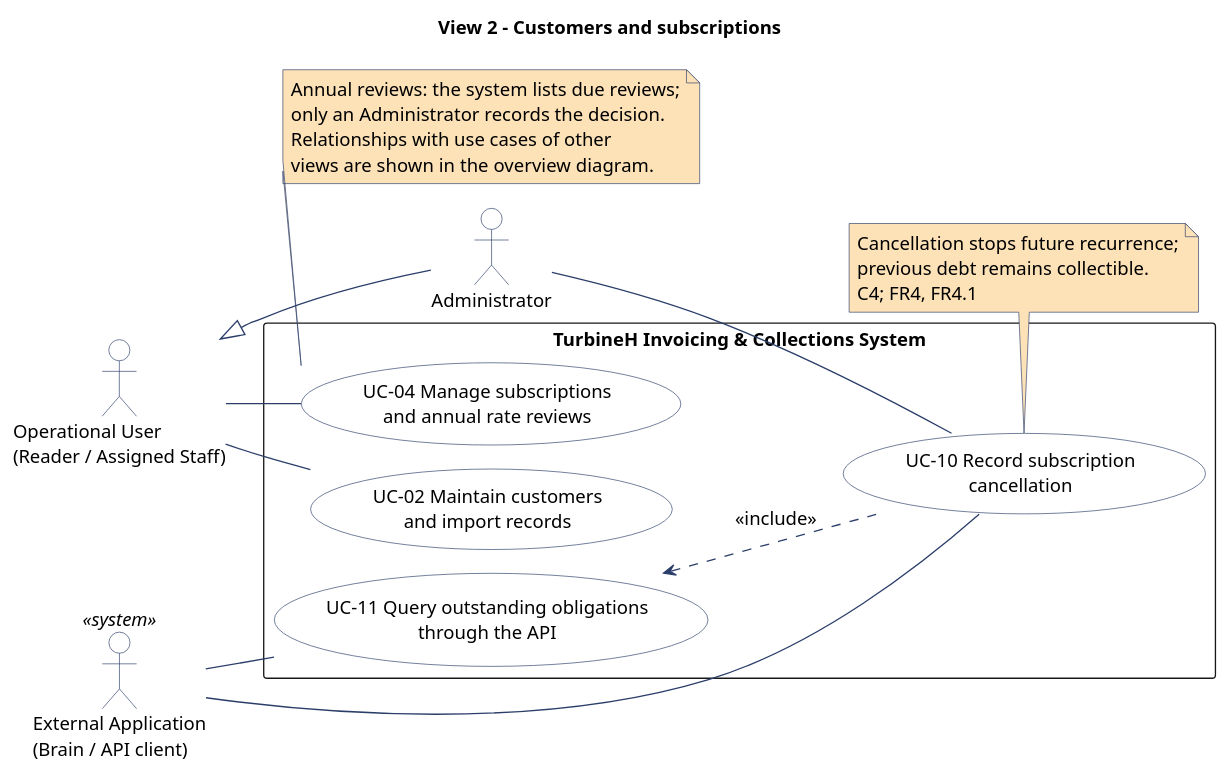
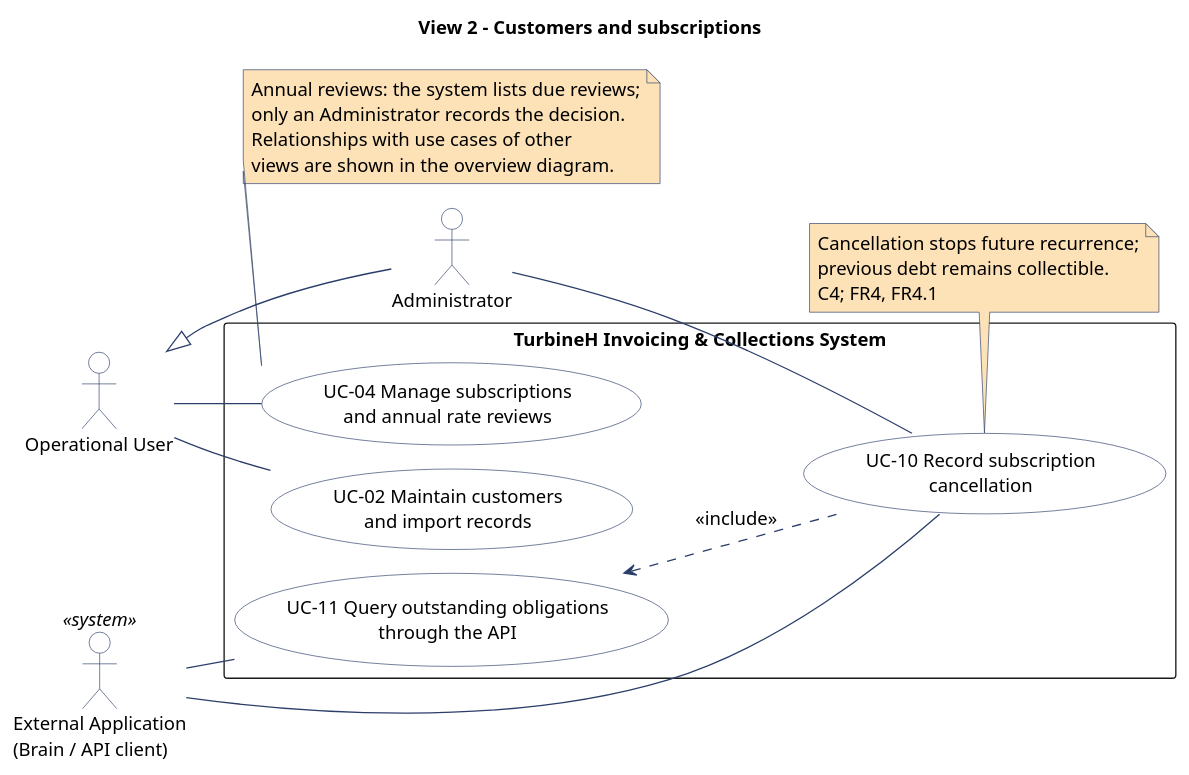
The third of 5 diagrams in doc/src/use-case-diagram.pu (atrevete-adap/adap-project), drawn with PlantUML before and after one commit. The commit also changed other lines of this file and 6 other files, not shown here.

First line of the commit message:
docs: drop the old (Reader / Assigned Staff) label from the Operational User actor

```diff
--- a/doc/src/use-case-diagram.pu
+++ b/doc/src/use-case-diagram.pu
@@ -169,60 +169,60 @@
 @startuml use-case-diagram-2-customers
 !pragma layout smetana
 left to right direction
 skinparam shadowing false
 skinparam packageStyle rectangle
 skinparam defaultFontName SansSerif
 skinparam defaultFontSize 14
 skinparam backgroundColor #FFFFFF
 skinparam usecase {
   BackgroundColor #FFFFFF
   BorderColor #2B3E6A
   FontColor #000000
 }
 skinparam actor {
   BackgroundColor #FFFFFF
   BorderColor #2B3E6A
   FontColor #000000
 }
 skinparam note {
   BackgroundColor #FDE2B8
   BorderColor #2B3E6A
 }
 skinparam arrow {
   Color #2B3E6A
 }
 title View 2 - Customers and subscriptions
 
-actor "Operational User\n(Reader / Assigned Staff)" as OpUser
+actor "Operational User" as OpUser
 actor "Administrator" as Admin
 actor "External Application\n(Brain / API client)" as ExtApp <<system>>
 
 rectangle "TurbineH Invoicing & Collections System" {
   usecase "UC-02 Maintain customers\nand import records" as UC02
   usecase "UC-04 Manage subscriptions\nand annual rate reviews" as UC04
   usecase "UC-10 Record subscription\ncancellation" as UC10
   usecase "UC-11 Query outstanding obligations\nthrough the API" as UC11
 }
 
 OpUser <|-- Admin
 OpUser -- UC02
 OpUser -- UC04
 Admin -- UC10
 ExtApp -- UC10
 ExtApp -- UC11
 UC11 <.. UC10 : <<include>>
 
 note bottom of UC04
   Annual reviews: the system lists due reviews;
   only an Administrator records the decision.
   Relationships with use cases of other
   views are shown in the overview diagram.
 end note
 
 note bottom of UC10
   Cancellation stops future recurrence;
   previous debt remains collectible.
   C4; FR4, FR4.1
 end note
 
 @enduml
```
